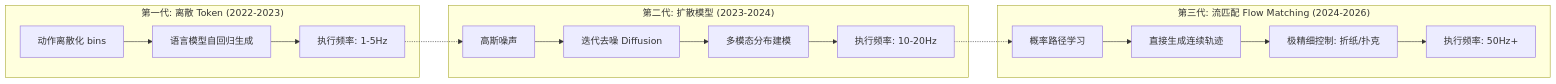
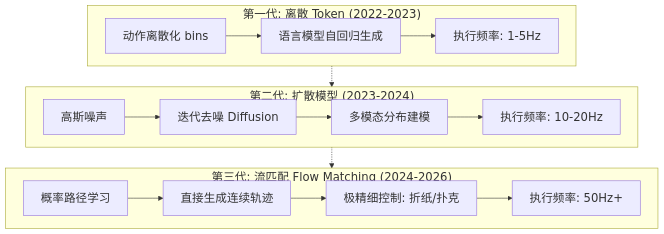
The fourth of 17 diagrams in _posts/research/2026-01-24-VLA-Survey.md (TingdeLiu/tingdeliu.github.io), drawn with Mermaid before and after one commit. The commit also changed other lines of this file and 1 other file, not shown here.

Commit message:
Improve readability of VLA action decoder diagram

````diff
--- a/_posts/research/2026-01-24-VLA-Survey.md
+++ b/_posts/research/2026-01-24-VLA-Survey.md
@@ -147,22 +149,26 @@
 ```mermaid
-graph LR
-    subgraph "第一代: 离散 Token (2022-2023)"
+%%{init: {"themeVariables": {"fontSize": "20px"}, "flowchart": {"nodeSpacing": 24, "rankSpacing": 36}}}%%
+graph TB
+    subgraph Tokens["第一代: 离散 Token (2022-2023)"]
+    direction LR
     T1[动作离散化 bins] --> T2[语言模型自回归生成]
     T2 --> T3[执行频率: 1-5Hz]
     end
     
-    subgraph "第二代: 扩散模型 (2023-2024)"
+    subgraph Diffusion["第二代: 扩散模型 (2023-2024)"]
+    direction LR
     D1[高斯噪声] --> D2[迭代去噪 Diffusion]
     D2 --> D3[多模态分布建模]
     D3 --> D4[执行频率: 10-20Hz]
     end
     
-    subgraph "第三代: 流匹配 Flow Matching (2024-2026)"
+    subgraph Flow["第三代: 流匹配 Flow Matching (2024-2026)"]
+    direction LR
     F1[概率路径学习] --> F2[直接生成连续轨迹]
     F2 --> F3[极精细控制: 折纸/扑克]
     F3 --> F4[执行频率: 50Hz+]
     end
     
-    T3 -.-> D1
-    D4 -.-> F1
+    Tokens -.-> Diffusion
+    Diffusion -.-> Flow
 ```
````
